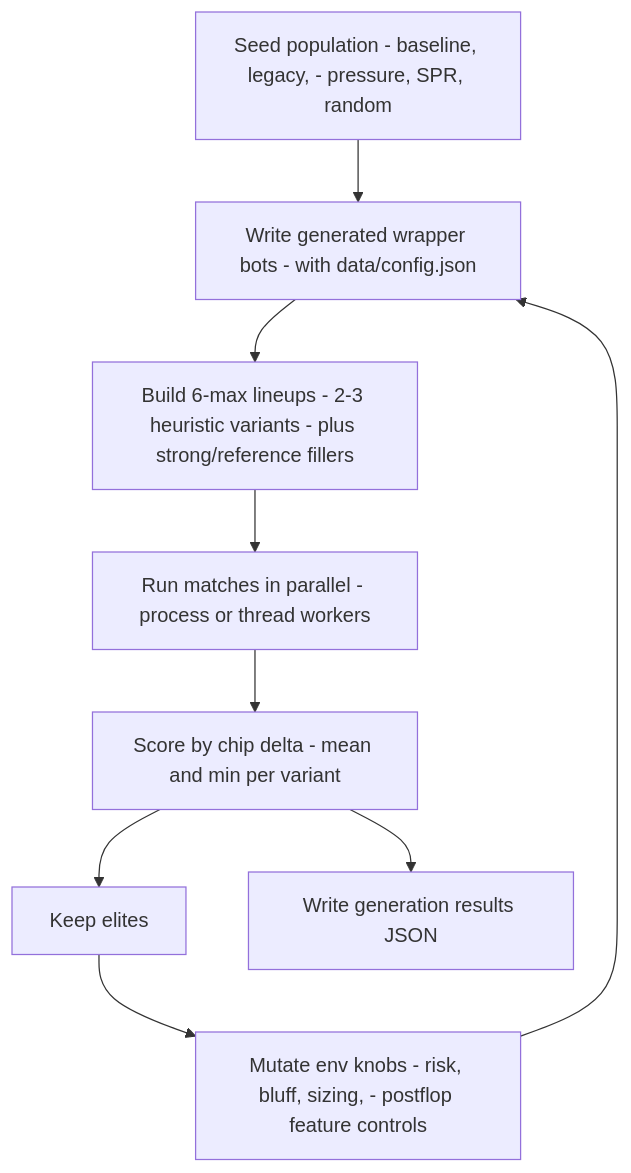
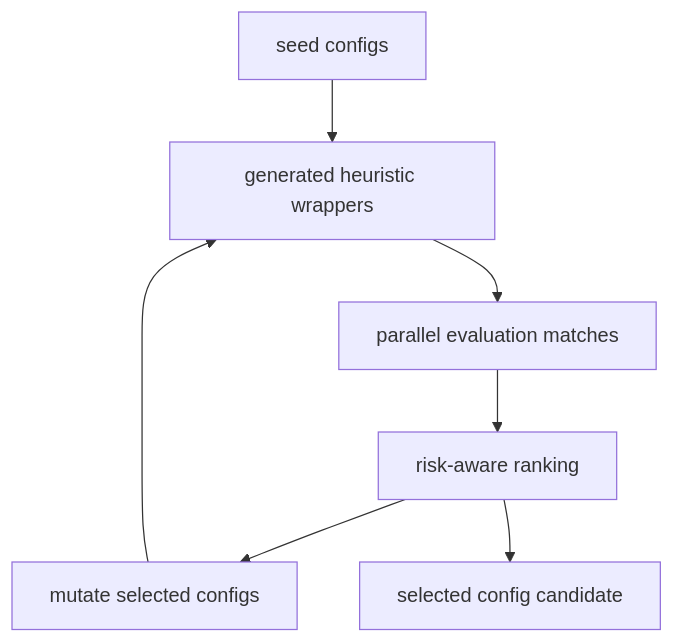
One commit to kosunghun317/fullhouse-engine changed the diagram in docs/strong-mock-self-training-pipeline.md. Above: the diagram before and after it, drawn with Mermaid. The commit also changed other lines of this file and 18 other files, not shown here.

````diff
--- a/docs/strong-mock-self-training-pipeline.md
+++ b/docs/strong-mock-self-training-pipeline.md
@@ -260,11 +26,9 @@
 ```mermaid
 graph TD
-    Seed["Seed population - baseline, legacy, - pressure, SPR, random"] --> Generate["Write generated wrapper bots - with data/config.json"]
-    Generate --> Lineups["Build 6-max lineups - 2-3 heuristic variants - plus strong/reference fillers"]
-    Lineups --> Parallel["Run matches in parallel - process or thread workers"]
-    Parallel --> Score["Score by chip delta - mean and min per variant"]
-    Score --> Elite["Keep elites"]
-    Elite --> Mutate["Mutate env knobs - risk, bluff, sizing, - postflop feature controls"]
+    Seed["seed configs"] --> Generate["generated heuristic wrappers"]
+    Generate --> Matches["parallel evaluation matches"]
+    Matches --> Rank["risk-aware ranking"]
+    Rank --> Mutate["mutate selected configs"]
     Mutate --> Generate
-    Score --> Results["Write generation results JSON"]
+    Rank --> Export["selected config candidate"]
 ```
````
